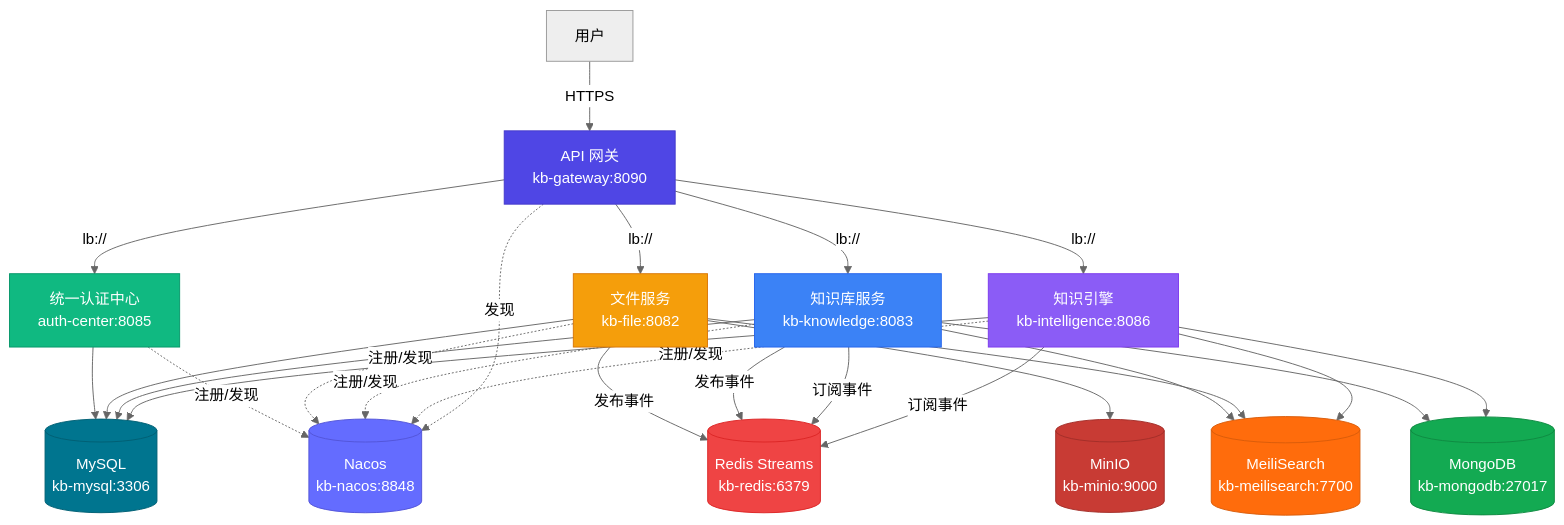
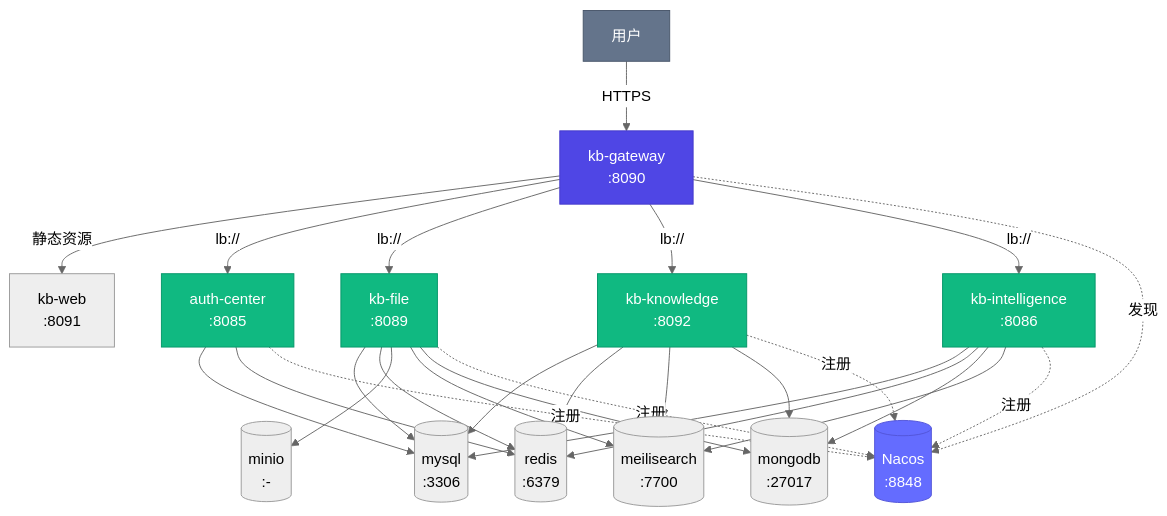
One commit to jonesAriven/devtools changed the diagram in mykng/docs/generated/架构图.mmd. Above: the diagram before and after it, drawn with Mermaid (neutral theme). The commit also changed 19 other files, not shown here.

```diff
--- a/mykng/docs/generated/架构图.mmd
+++ b/mykng/docs/generated/架构图.mmd
@@ -1,52 +1,51 @@
 graph TD
 
-    %% ===== 用户端 ===== %%
-    User[用户] -->|HTTPS| Gateway[API 网关<br/>kb-gateway:8090]
+    %% ===== 入口层 =====
+    KbWeb[kb-web<br/>:8091]
+    User[用户] -->|HTTPS| Gateway[kb-gateway<br/>:8090]
+    Gateway -->|静态资源| KbWeb
 
-    %% ===== 网关层 ===== %%
-    Gateway -->|lb://| Auth[统一认证中心<br/>auth-center:8085]
-    Gateway -->|lb://| File[文件服务<br/>kb-file:8082]
-    Gateway -->|lb://| Knowledge[知识库服务<br/>kb-knowledge:8083]
-    Gateway -->|lb://| Intelligence[知识引擎<br/>kb-intelligence:8086]
+    %% ===== 期望探针集（nacos-registered: true）=====
+    Gateway -->|lb://| AuthCenter[auth-center<br/>:8085]
+    Gateway -->|lb://| KbFile[kb-file<br/>:8089]
+    Gateway -->|lb://| KbKnowledge[kb-knowledge<br/>:8092]
+    Gateway -->|lb://| KbIntelligence[kb-intelligence<br/>:8086]
 
-    %% ===== 服务间事件总线 ===== %%
-    File -->|发布事件| Redis[(Redis Streams<br/>kb-redis:6379)]
-    Knowledge -->|发布事件| Redis
-    Knowledge -->|订阅事件| Redis
-    Intelligence -->|订阅事件| Redis
+    Mysql[(mysql<br/>:3306)]
+    Redis[(redis<br/>:6379)]
+    Minio[(minio<br/>:-)]
+    Meilisearch[(meilisearch<br/>:7700)]
+    Mongodb[(mongodb<br/>:27017)]
 
-    %% ===== 基础设施 ===== %%
-    Auth --> MySQL[(MySQL<br/>kb-mysql:3306)]
-    File --> MySQL
-    Knowledge --> MySQL
-    Intelligence --> MySQL
+    AuthCenter --> Mysql
+    AuthCenter --> Redis
+    KbFile --> Mysql
+    KbFile --> Redis
+    KbFile --> Minio
+    KbFile --> Meilisearch
+    KbFile --> Mongodb
+    KbKnowledge --> Mysql
+    KbKnowledge --> Redis
+    KbKnowledge --> Meilisearch
+    KbKnowledge --> Mongodb
+    KbIntelligence --> Mysql
+    KbIntelligence --> Redis
+    KbIntelligence --> Mongodb
+    KbIntelligence --> Meilisearch
 
-    File --> MinIO[(MinIO<br/>kb-minio:9000)]
-
-    Knowledge --> Meili[(MeiliSearch<br/>kb-meilisearch:7700)]
-    File --> Meili
-    Intelligence --> Meili
-
-    Knowledge --> MongoDB[(MongoDB<br/>kb-mongodb:27017)]
-    Intelligence --> MongoDB
-
-    %% ===== 服务发现 ===== %%
-    Nacos[(Nacos<br/>kb-nacos:8848)]
-    Auth -.注册/发现.-> Nacos
-    File -.注册/发现.-> Nacos
-    Knowledge -.注册/发现.-> Nacos
-    Intelligence -.注册/发现.-> Nacos
+    %% ===== 服务发现 =====
+    Nacos[(Nacos<br/>:8848)]
+    AuthCenter -.注册.-> Nacos
+    KbFile -.注册.-> Nacos
+    KbKnowledge -.注册.-> Nacos
+    KbIntelligence -.注册.-> Nacos
     Gateway -.发现.-> Nacos
 
-    %% ===== 样式 ===== %%
+    %% ===== 样式 =====
     style Gateway fill:#4f46e5,color:#fff,stroke:#4338ca
-    style Auth fill:#10b981,color:#fff,stroke:#059669
-    style File fill:#f59e0b,color:#fff,stroke:#d97706
-    style Knowledge fill:#3b82f6,color:#fff,stroke:#2563eb
-    style Intelligence fill:#8b5cf6,color:#fff,stroke:#7c3aed
-    style Redis fill:#ef4444,color:#fff,stroke:#dc2626
-    style MySQL fill:#00758f,color:#fff,stroke:#005f74
-    style MinIO fill:#c83b34,color:#fff,stroke:#a32e29
-    style Meili fill:#ff6c0c,color:#fff,stroke:#d95c0a
-    style MongoDB fill:#13aa52,color:#fff,stroke:#0f8a42
+    style User fill:#64748b,color:#fff,stroke:#475569
     style Nacos fill:#646cff,color:#fff,stroke:#5355d8
+    style AuthCenter fill:#10b981,color:#fff,stroke:#059669
+    style KbFile fill:#10b981,color:#fff,stroke:#059669
+    style KbKnowledge fill:#10b981,color:#fff,stroke:#059669
+    style KbIntelligence fill:#10b981,color:#fff,stroke:#059669
```
